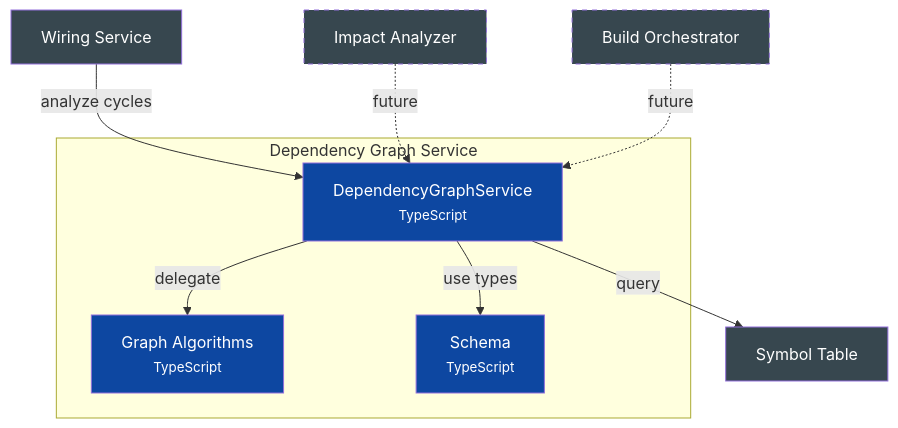
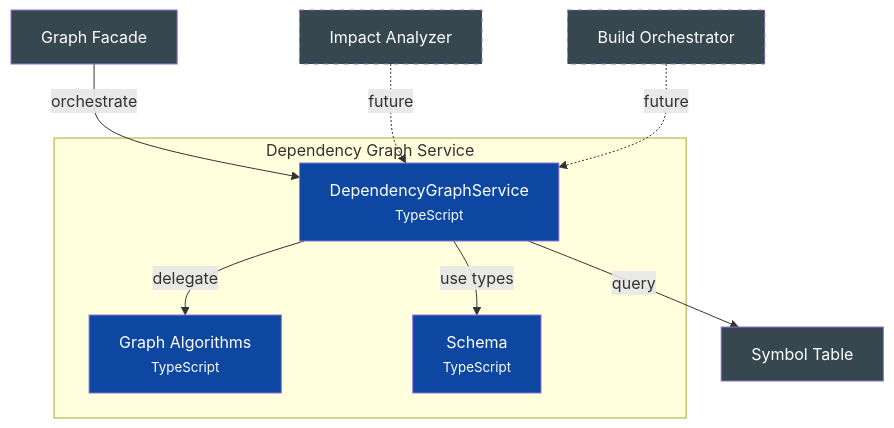
One commit to louipr/cyrus-code changed the diagram in docs/c4/component-dependency-graph.md. Above: the diagram before and after it, drawn with Mermaid. The commit also changed other lines of this file and 14 other files, not shown here.

First line of the commit message:
docs: comprehensive C4 documentation review and MermaidParser implementation

````diff
--- a/docs/c4/component-dependency-graph.md
+++ b/docs/c4/component-dependency-graph.md
@@ -9,24 +9,24 @@
 ```mermaid
 flowchart TD
     subgraph depGraph ["Dependency Graph Service"]
         service["DependencyGraphService<br/><small>TypeScript</small>"]
         algorithms["Graph Algorithms<br/><small>TypeScript</small>"]
         schema["Schema<br/><small>TypeScript</small>"]
     end
 
     service -->|"delegate"| algorithms
     service -->|"use types"| schema
     service -->|"query"| st["Symbol Table"]
 
-    wire["Wiring Service"] -->|"analyze cycles"| service
+    facade["Graph Facade"] -->|"orchestrate"| service
     impact["Impact Analyzer"] -.->|"future"| service
     build["Build Orchestrator"] -.->|"future"| service
 
     classDef component fill:#0d47a1,color:#fff
     classDef external fill:#37474f,color:#fff
     classDef future fill:#37474f,color:#fff,stroke-dasharray: 5 5
 
     class service,algorithms,schema component
-    class st,wire external
+    class st,facade external
     class impact,build future
 ```
````
